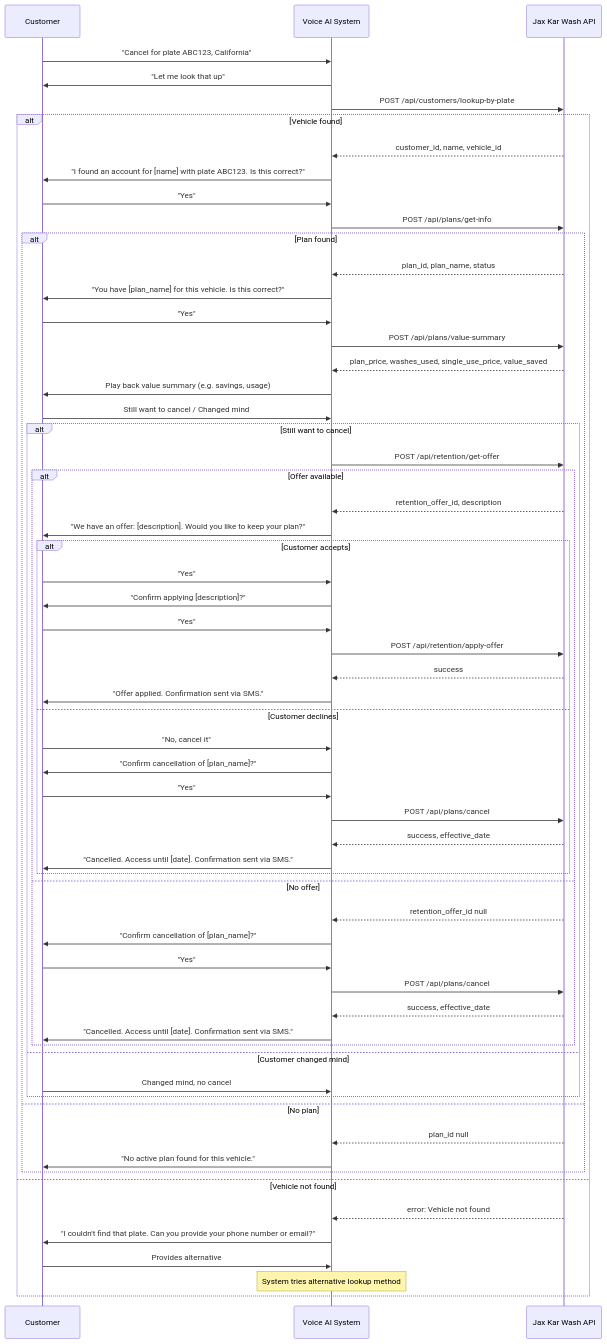
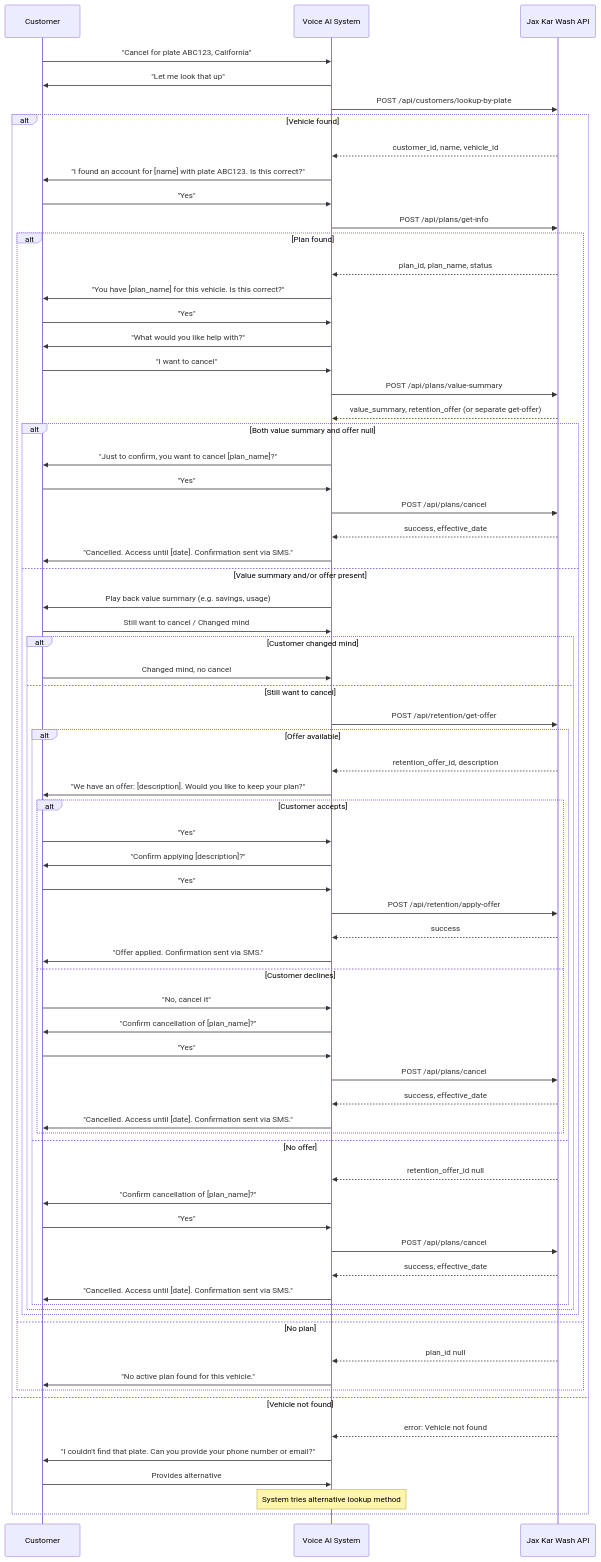
The eighth of 11 diagrams in Jax-Kar-Wash-API-Integration–Discussion-Document.md (HelloWash/Public), drawn with Mermaid before and after one commit. The commit also changed other lines of this file, not shown here.

First line of the commit message:
Refine cancellation flow with value summary and offers

````diff
--- a/Jax-Kar-Wash-API-Integration–Discussion-Document.md
+++ b/Jax-Kar-Wash-API-Integration–Discussion-Document.md
@@ -865,64 +945,74 @@
 ```mermaid
 sequenceDiagram
     participant Customer
     participant System as Voice AI System
     participant API as Jax Kar Wash API
 
     Customer->>System: "Cancel for plate ABC123, California"
     System->>Customer: "Let me look that up"
     System->>API: POST /api/customers/lookup-by-plate
     alt Vehicle found
         API-->>System: customer_id, name, vehicle_id
         System->>Customer: "I found an account for [name] with plate ABC123. Is this correct?"
         Customer->>System: "Yes"
         System->>API: POST /api/plans/get-info
         alt Plan found
             API-->>System: plan_id, plan_name, status
             System->>Customer: "You have [plan_name] for this vehicle. Is this correct?"
             Customer->>System: "Yes"
+            System->>Customer: "What would you like help with?"
+            Customer->>System: "I want to cancel"
             System->>API: POST /api/plans/value-summary
-            API-->>System: plan_price, washes_used, single_use_price, value_saved
-            System->>Customer: Play back value summary (e.g. savings, usage)
-            Customer->>System: Still want to cancel / Changed mind
-            alt Still want to cancel
-            System->>API: POST /api/retention/get-offer
-            alt Offer available
-                API-->>System: retention_offer_id, description
-                System->>Customer: "We have an offer: [description]. Would you like to keep your plan?"
-                alt Customer accepts
-                    Customer->>System: "Yes"
-                    System->>Customer: "Confirm applying [description]?"
-                    Customer->>System: "Yes"
-                    System->>API: POST /api/retention/apply-offer
-                    API-->>System: success
-                    System->>Customer: "Offer applied. Confirmation sent via SMS."
-                else Customer declines
-                    Customer->>System: "No, cancel it"
-                    System->>Customer: "Confirm cancellation of [plan_name]?"
-                    Customer->>System: "Yes"
-                    System->>API: POST /api/plans/cancel
-                    API-->>System: success, effective_date
-                    System->>Customer: "Cancelled. Access until [date]. Confirmation sent via SMS."
-                end
-            else No offer
-                API-->>System: retention_offer_id null
-                System->>Customer: "Confirm cancellation of [plan_name]?"
+            API-->>System: value_summary, retention_offer (or separate get-offer)
+            alt Both value summary and offer null
+                System->>Customer: "Just to confirm, you want to cancel [plan_name]?"
                 Customer->>System: "Yes"
                 System->>API: POST /api/plans/cancel
                 API-->>System: success, effective_date
                 System->>Customer: "Cancelled. Access until [date]. Confirmation sent via SMS."
-            end
-            else Customer changed mind
-                Customer->>System: Changed mind, no cancel
+            else Value summary and/or offer present
+                System->>Customer: Play back value summary (e.g. savings, usage)
+                Customer->>System: Still want to cancel / Changed mind
+                alt Customer changed mind
+                    Customer->>System: Changed mind, no cancel
+                else Still want to cancel
+                    System->>API: POST /api/retention/get-offer
+                    alt Offer available
+                        API-->>System: retention_offer_id, description
+                        System->>Customer: "We have an offer: [description]. Would you like to keep your plan?"
+                        alt Customer accepts
+                            Customer->>System: "Yes"
+                            System->>Customer: "Confirm applying [description]?"
+                            Customer->>System: "Yes"
+                            System->>API: POST /api/retention/apply-offer
+                            API-->>System: success
+                            System->>Customer: "Offer applied. Confirmation sent via SMS."
+                        else Customer declines
+                            Customer->>System: "No, cancel it"
+                            System->>Customer: "Confirm cancellation of [plan_name]?"
+                            Customer->>System: "Yes"
+                            System->>API: POST /api/plans/cancel
+                            API-->>System: success, effective_date
+                            System->>Customer: "Cancelled. Access until [date]. Confirmation sent via SMS."
+                        end
+                    else No offer
+                        API-->>System: retention_offer_id null
+                        System->>Customer: "Confirm cancellation of [plan_name]?"
+                        Customer->>System: "Yes"
+                        System->>API: POST /api/plans/cancel
+                        API-->>System: success, effective_date
+                        System->>Customer: "Cancelled. Access until [date]. Confirmation sent via SMS."
+                    end
+                end
             end
         else No plan
             API-->>System: plan_id null
             System->>Customer: "No active plan found for this vehicle."
         end
     else Vehicle not found
         API-->>System: error: Vehicle not found
         System->>Customer: "I couldn't find that plate. Can you provide your phone number or email?"
         Customer->>System: Provides alternative
         Note over System: System tries alternative lookup method
     end
 ```
````
